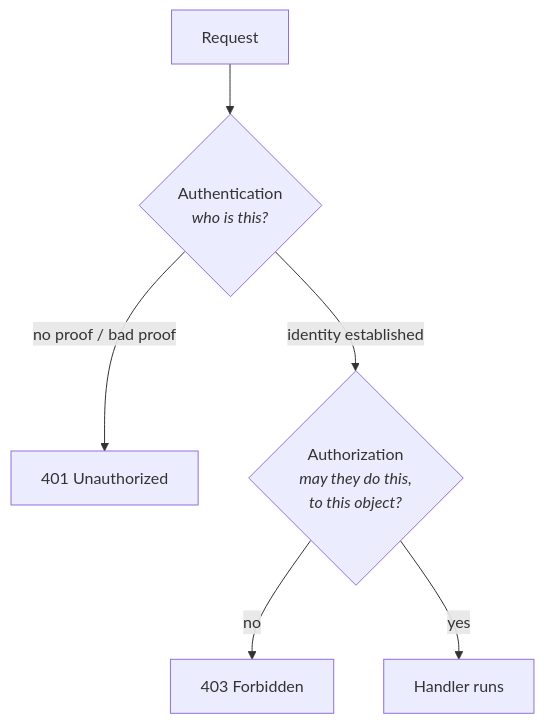
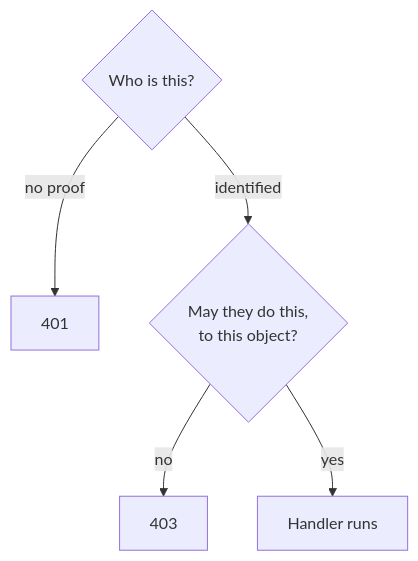
The diagram in content/track-2-backend/08-authentication-authorization/01-overview.md (kc3222/EngineeringHandbook), drawn with Mermaid before and after one commit. The commit also changed 21 other files, not shown here.

````diff
--- a/content/track-2-backend/08-authentication-authorization/01-overview.md
+++ b/content/track-2-backend/08-authentication-authorization/01-overview.md
@@ -20,8 +20,7 @@
 ```mermaid
 flowchart TB
-  R["Request"] --> A{"Authentication<br/><i>who is this?</i>"}
-  A -->|"no proof / bad proof"| E1["401 Unauthorized"]
-  A -->|"identity established"| Z{"Authorization<br/><i>may they do this,<br/>to this object?</i>"}
-  Z -->|"no"| E2["403 Forbidden"]
+  A{"Who is this?"} -->|"no proof"| E1["401"]
+  A -->|"identified"| Z{"May they do this,<br/>to this object?"}
+  Z -->|"no"| E2["403"]
   Z -->|"yes"| H["Handler runs"]
 ```
````
